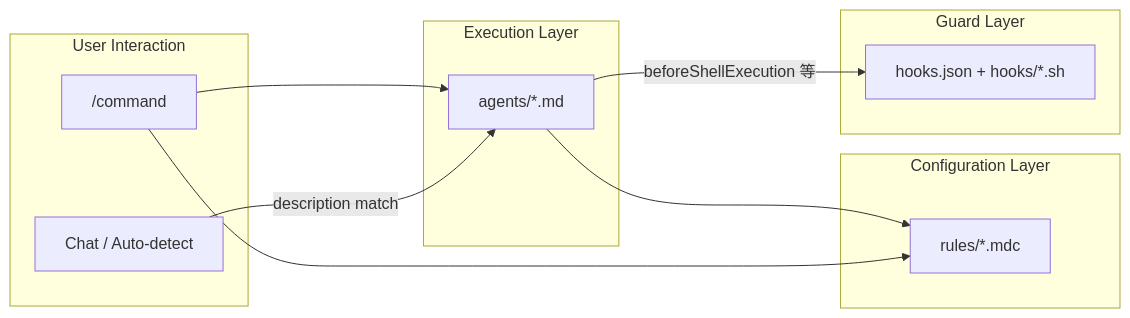
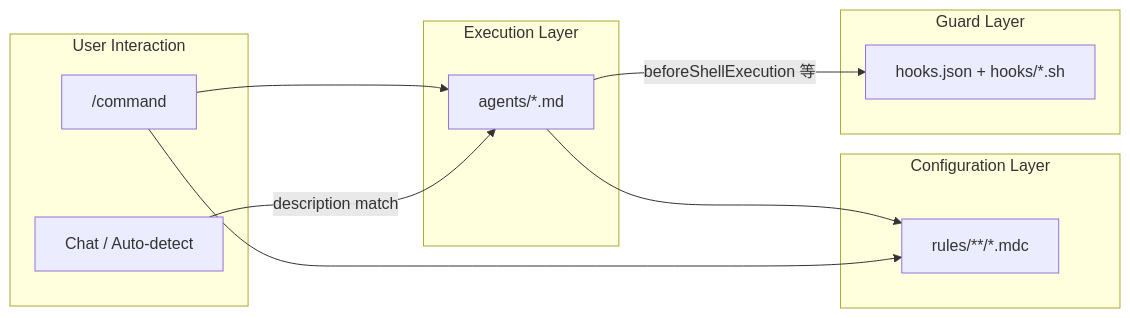
One commit to yug1224/dotfiles changed the first of 2 diagrams in packages/cursor/README.md. Above: the diagram before and after it, drawn with Mermaid. The commit also changed other lines of this file and 16 other files, not shown here.

````diff
--- a/packages/cursor/README.md
+++ b/packages/cursor/README.md
@@ -21,21 +24,21 @@
 ```mermaid
 flowchart LR
     subgraph user [User Interaction]
         Command["/command"]
         Chat["Chat / Auto-detect"]
     end
     subgraph execution [Execution Layer]
         Agent["agents/*.md"]
     end
     subgraph config [Configuration Layer]
-        Rule["rules/*.mdc"]
+        Rule["rules/**/*.mdc"]
     end
     subgraph guard [Guard Layer]
         Hook["hooks.json + hooks/*.sh"]
     end
     Command --> Agent
     Chat -->|"description match"| Agent
     Agent --> Rule
     Command --> Rule
     Agent -->|"beforeShellExecution 等"| Hook
 ```
````
